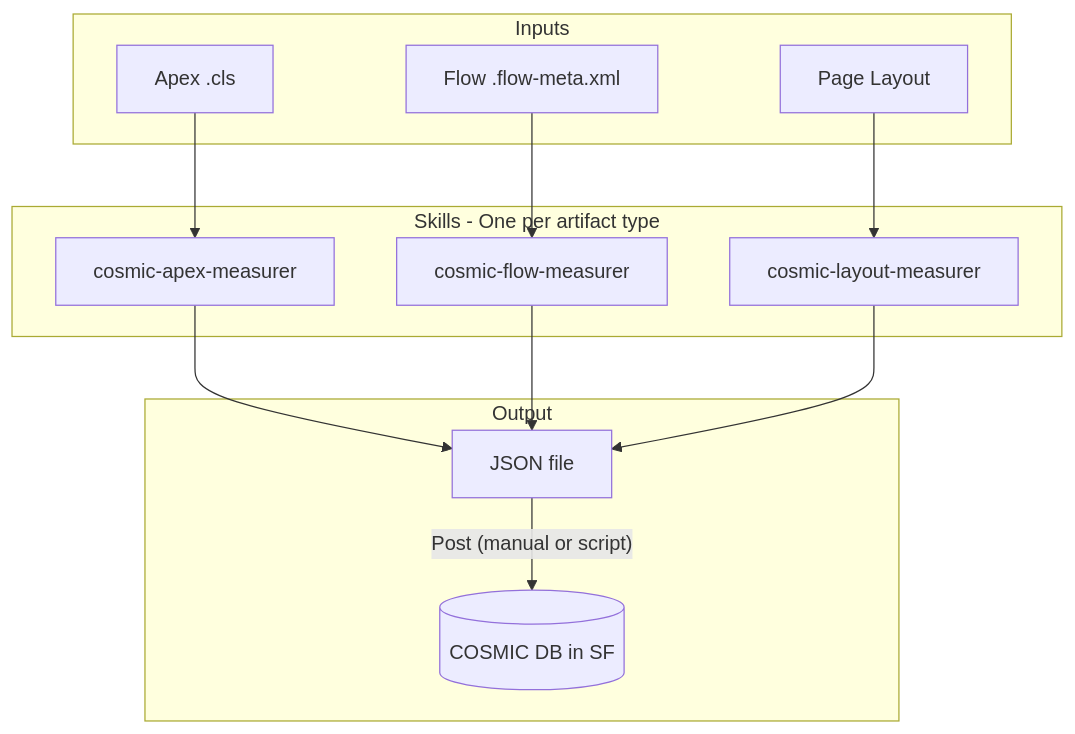
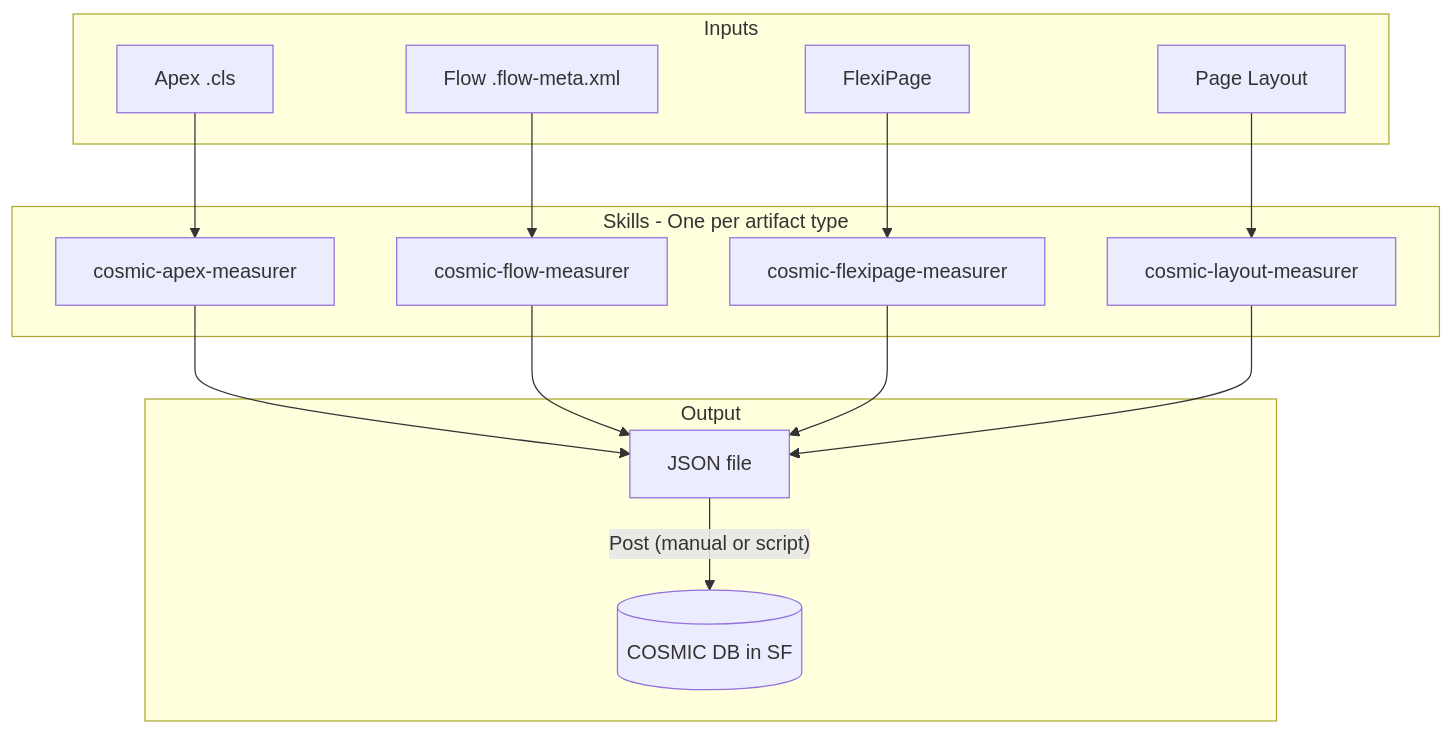
One commit to deniskrizanovic/sf_COSMIC_Measurer changed the diagram in .cursor/plans/cosmic_measurer_skills.plan.md. Above: the diagram before and after it, drawn with Mermaid. The commit also changed other lines of this file, not shown here.

First line of the commit message:
feat(plan): add flexipage measurer phase

````diff
--- a/.cursor/plans/cosmic_measurer_skills.plan.md
+++ b/.cursor/plans/cosmic_measurer_skills.plan.md
@@ -60,29 +60,33 @@
 ```mermaid
 flowchart TB
     subgraph inputs [Inputs]
         Apex[Apex .cls]
         Flow[Flow .flow-meta.xml]
+        FlexiPage[FlexiPage]
         Layout[Page Layout]
     end
 
     subgraph skills [Skills - One per artifact type]
         SkillApex[cosmic-apex-measurer]
         SkillFlow[cosmic-flow-measurer]
+        SkillFlexiPage[cosmic-flexipage-measurer]
         SkillLayout[cosmic-layout-measurer]
     end
 
     subgraph output [Output]
         JSON[JSON file]
         DB[(COSMIC DB in SF)]
     end
 
     Apex --> SkillApex
     Flow --> SkillFlow
+    FlexiPage --> SkillFlexiPage
     Layout --> SkillLayout
 
     SkillApex --> JSON
     SkillFlow --> JSON
+    SkillFlexiPage --> JSON
     SkillLayout --> JSON
 
     JSON -->|"Post (manual or script)"| DB
 ```
````
